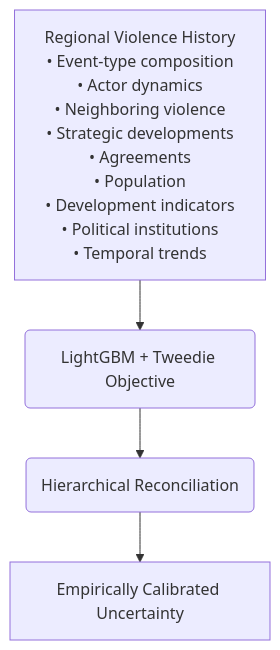
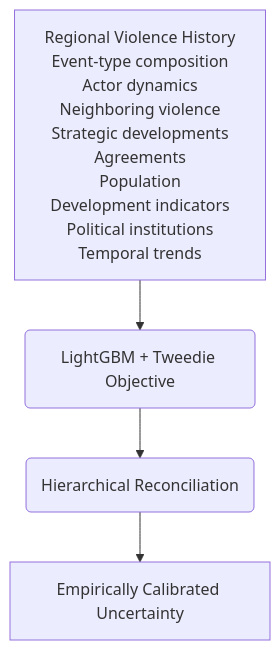
One commit to HtetPaing88/Forecasting-Political-Violence-in-Myanmar-Using-Python changed the second of 2 diagrams in README.md. Above: the diagram before and after it, drawn with Mermaid.

Commit message:
Fix formatting issues in README.md

````diff
--- a/README.md
+++ b/README.md
@@ -590,15 +590,15 @@
 ```mermaid
 flowchart TD
     A[Regional Violence History
-      • Event-type composition
-      • Actor dynamics
-      • Neighboring violence
-      • Strategic developments
-      • Agreements
-      • Population
-      • Development indicators
-      • Political institutions
-      • Temporal trends] --> B(LightGBM + Tweedie Objective)
+      Event-type composition
+      Actor dynamics
+      Neighboring violence
+      Strategic developments
+      Agreements
+      Population
+      Development indicators
+      Political institutions
+      Temporal trends] --> B(LightGBM + Tweedie Objective)
     B --> C(Hierarchical Reconciliation)
     C --> D[Empirically Calibrated Uncertainty]
 ```
````
